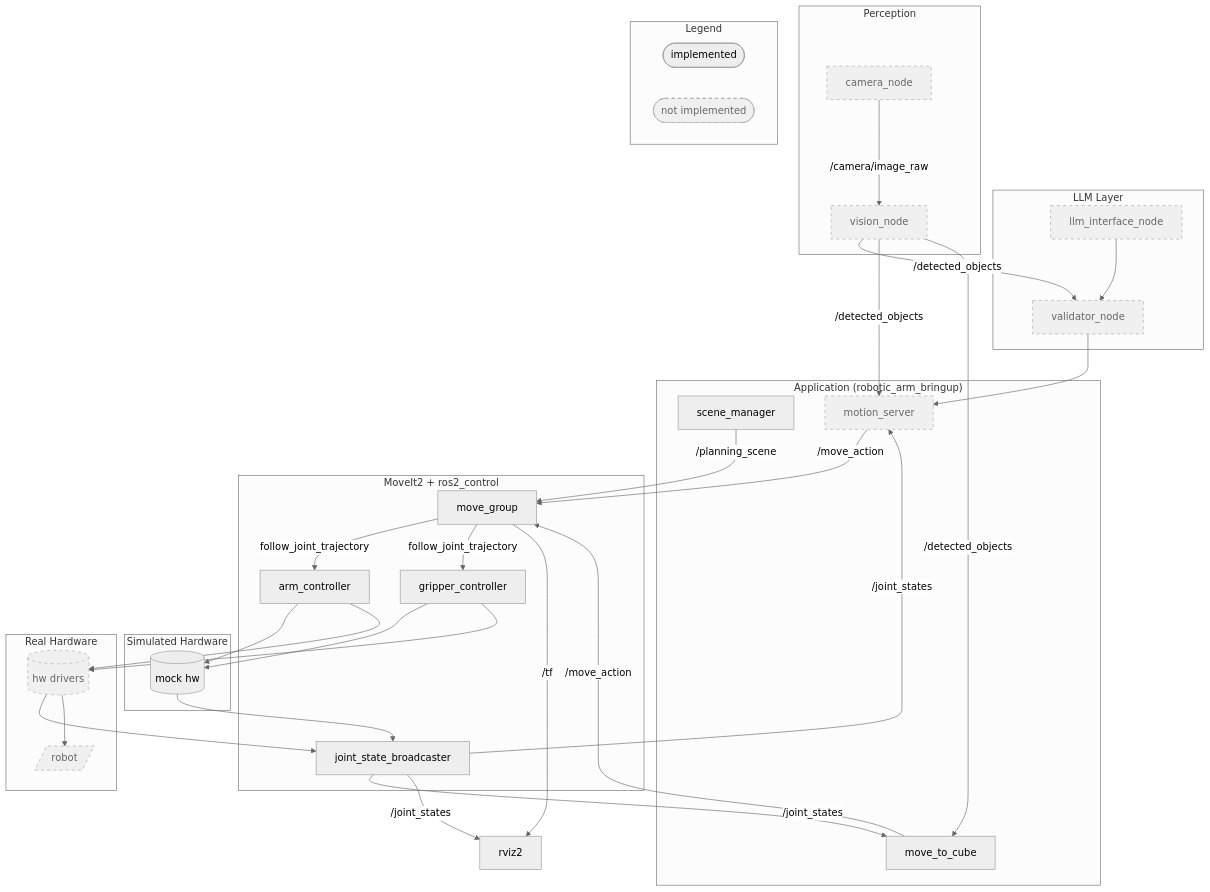
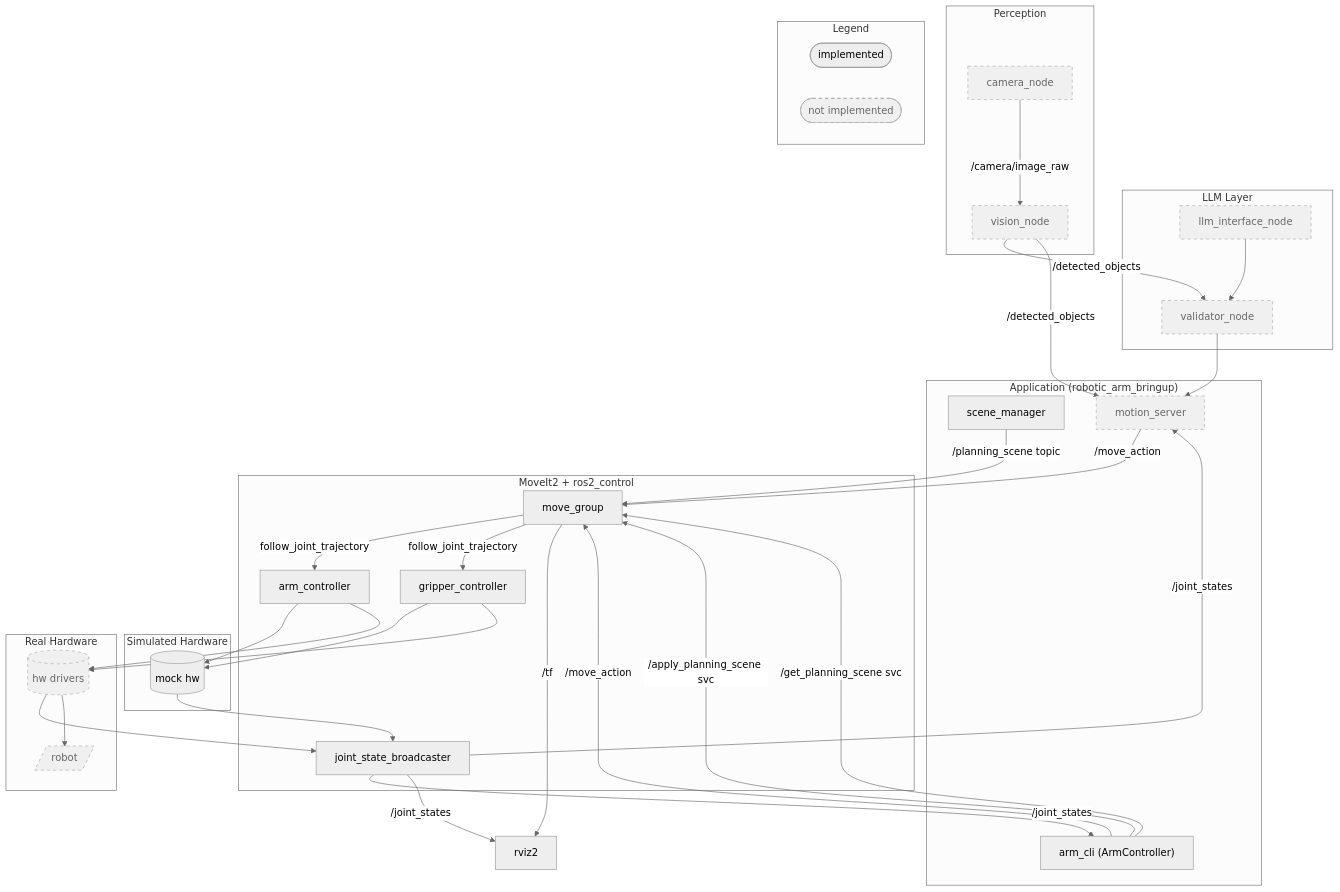
One commit to daniel-iacob/ros2_robotic_arm changed the first of 2 diagrams in doc/architecture.md. Above: the diagram before and after it, drawn with Mermaid (neutral theme). The commit also changed other lines of this file and 12 other files, not shown here.

````diff
--- a/doc/architecture.md
+++ b/doc/architecture.md
@@ -9,72 +33,73 @@
 ```mermaid
 flowchart TD
     classDef planned fill:#f0f0f0,stroke:#aaa,stroke-dasharray:5 5,color:#666
 
     subgraph llm["LLM Layer"]
         llm_interface_node
         validator_node
     end
 
     subgraph perception["Perception"]
         camera_node
         vision_node
     end
 
     subgraph app["Application (robotic_arm_bringup)"]
         scene_manager
-        move_to_cube
+        arm_cli["arm_cli (ArmController)"]
         motion_server
     end
 
     subgraph infra["MoveIt2 + ros2_control"]
         move_group
         arm_controller
         gripper_controller
         joint_state_broadcaster
     end
 
     subgraph sim["Simulated Hardware"]
         mock_hw[(mock hw)]
     end
 
     subgraph hardware["Real Hardware"]
         hw_drivers[(hw drivers)]
         real_robot[/robot/]
     end
 
     rviz2
 
     subgraph legend["Legend"]
         impl([implemented])
         notimpl([not implemented]):::planned
     end
 
     class llm_interface_node,validator_node,camera_node,vision_node,motion_server,hw_drivers,real_robot planned
 
     llm_interface_node --> validator_node
     validator_node --> motion_server
     camera_node -->|/camera/image_raw| vision_node
     vision_node -->|/detected_objects| validator_node
     vision_node -->|/detected_objects| motion_server
-    vision_node -->|/detected_objects| move_to_cube
 
-    scene_manager -->|/planning_scene| move_group
-    move_to_cube -->|/move_action| move_group
+    scene_manager -->|/planning_scene topic| move_group
+    arm_cli -->|/move_action| move_group
+    arm_cli -->|/apply_planning_scene svc| move_group
+    arm_cli -->|/get_planning_scene svc| move_group
     motion_server -->|/move_action| move_group
 
     move_group -->|follow_joint_trajectory| arm_controller
     move_group -->|follow_joint_trajectory| gripper_controller
     arm_controller --> mock_hw
     gripper_controller --> mock_hw
     mock_hw --> joint_state_broadcaster
 
     arm_controller --> hw_drivers
     gripper_controller --> hw_drivers
     hw_drivers --> joint_state_broadcaster
     hw_drivers --> real_robot
 
-    joint_state_broadcaster -->|/joint_states| move_to_cube
+    joint_state_broadcaster -->|/joint_states| arm_cli
     joint_state_broadcaster -->|/joint_states| motion_server
     joint_state_broadcaster -->|/joint_states| rviz2
     move_group -->|/tf| rviz2
 ```
````
